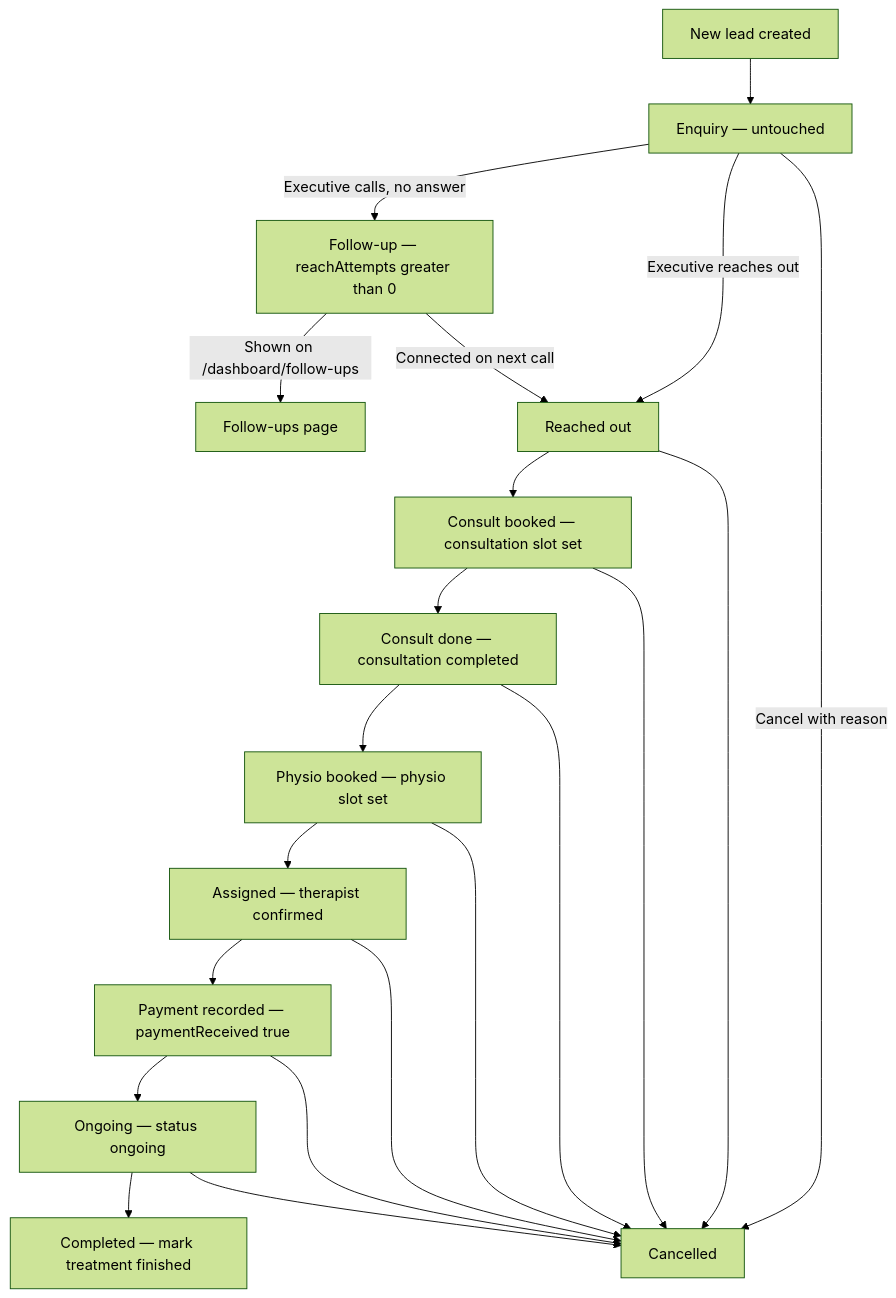
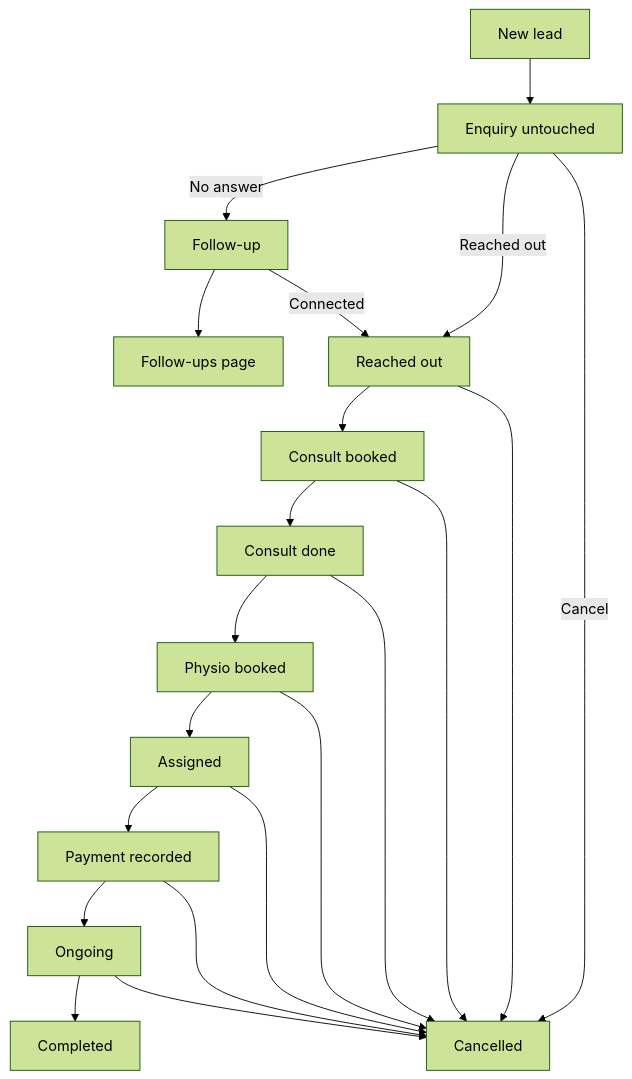
One commit to mdwwellness/wellness-dashboard changed the fifth of 12 diagrams in docs/dashboard-flowchart.md. Above: the diagram before and after it, drawn with Mermaid (forest theme). The commit also changed other lines of this file, not shown here.

Commit message:
fix(docs): GitHub-safe Mermaid syntax for dashboard flowcharts

````diff
--- a/docs/dashboard-flowchart.md
+++ b/docs/dashboard-flowchart.md
@@ -104,23 +108,23 @@
 ```mermaid
-flowchart TD
-    Start[New lead created] --> E1[Enquiry — untouched]
-    E1 -->|Executive calls, no answer| FU[Follow-up — reachAttempts greater than 0]
-    FU -->|Shown on /dashboard/follow-ups| FUPage[Follow-ups page]
-    FU -->|Connected on next call| E2[Reached out]
-    E1 -->|Executive reaches out| E2
-    E2 --> E3[Consult booked — consultation slot set]
-    E3 --> E4[Consult done — consultation completed]
-    E4 --> E5[Physio booked — physio slot set]
-    E5 --> E6[Assigned — therapist confirmed]
-    E6 --> E7[Payment recorded — paymentReceived true]
-    E7 --> E8[Ongoing — status ongoing]
-    E8 --> E9[Completed — mark treatment finished]
-    E1 -->|Cancel with reason| CX[Cancelled]
+graph TD
+    Start["New lead"] --> E1["Enquiry untouched"]
+    E1 -->|"No answer"| FU["Follow-up"]
+    FU --> FUPage["Follow-ups page"]
+    FU -->|"Connected"| E2["Reached out"]
+    E1 -->|"Reached out"| E2
+    E2 --> E3["Consult booked"]
+    E3 --> E4["Consult done"]
+    E4 --> E5["Physio booked"]
+    E5 --> E6["Assigned"]
+    E6 --> E7["Payment recorded"]
+    E7 --> E8["Ongoing"]
+    E8 --> E9["Completed"]
+    E1 -->|"Cancel"| CX["Cancelled"]
     E2 --> CX
     E3 --> CX
     E4 --> CX
     E5 --> CX
     E6 --> CX
     E7 --> CX
     E8 --> CX
 ```
````
